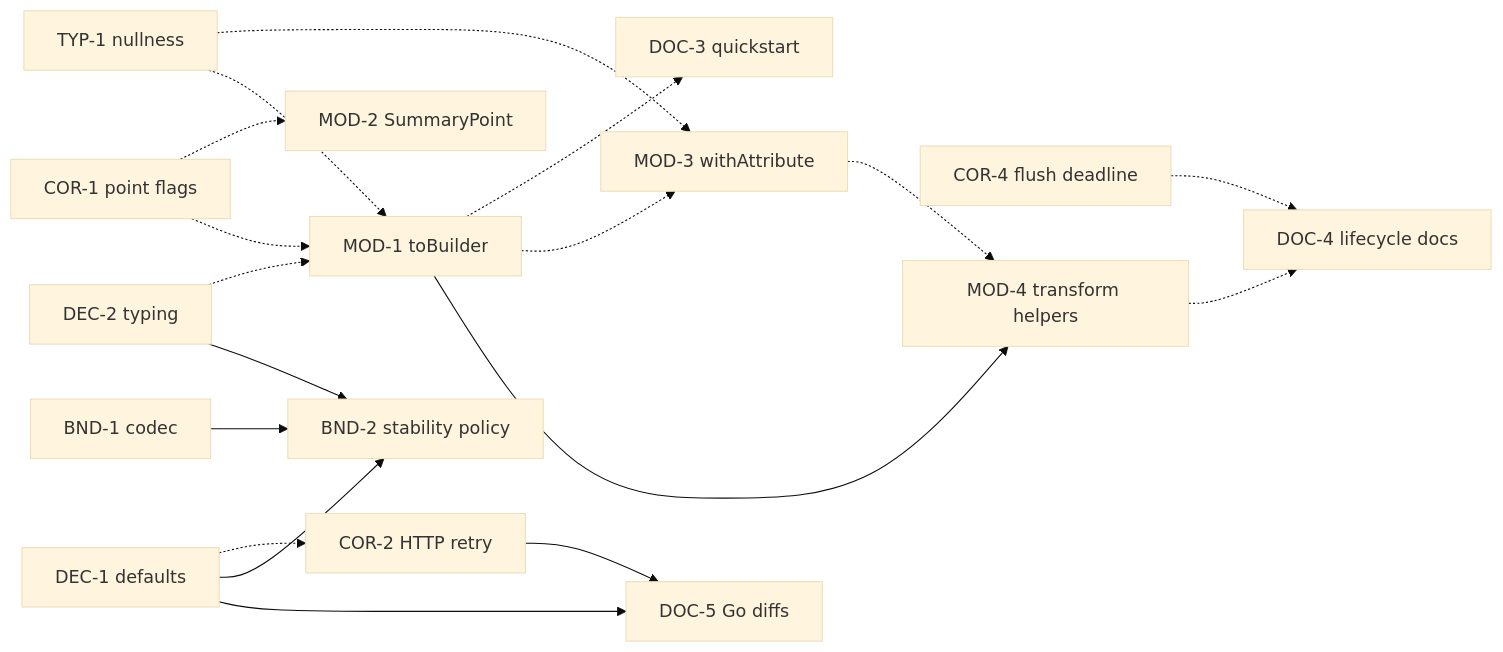
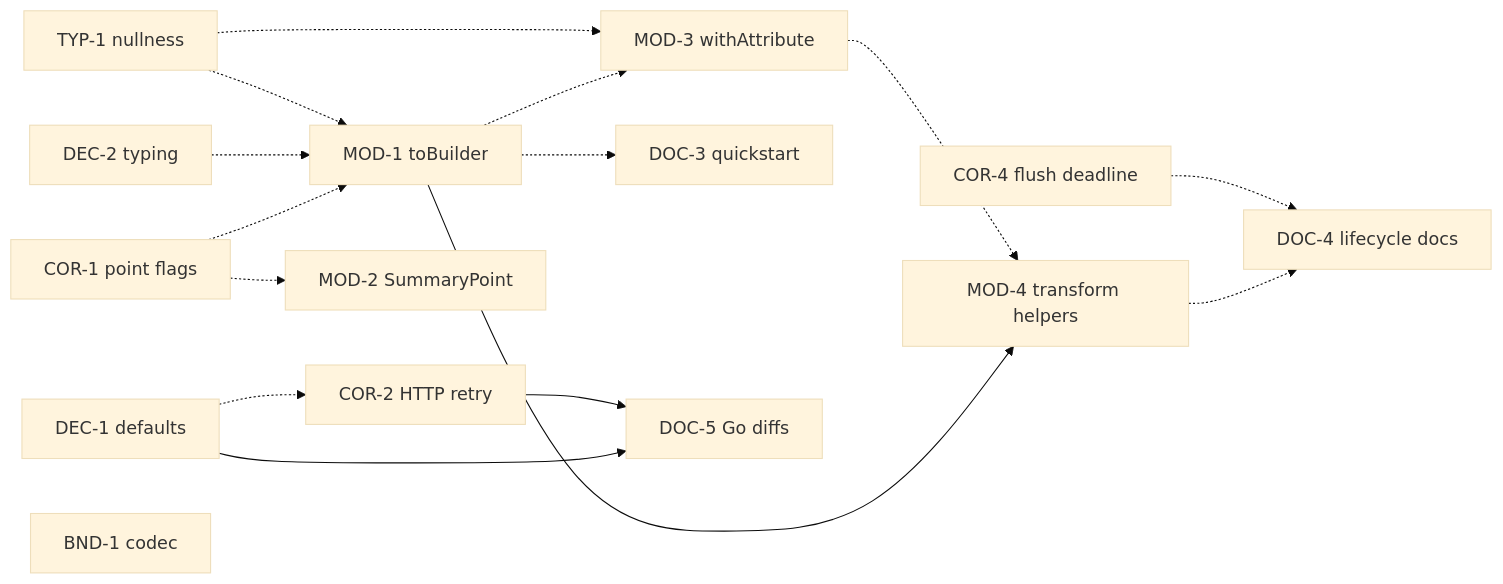
Before and after one commit to thiagogcm/otlp4j: the first of 2 diagrams in backlog.md, drawn with Mermaid (base theme). The commit also changed other lines of this file, not shown here.

````diff
--- a/backlog.md
+++ b/backlog.md
@@ -220,37 +194,33 @@
 ```mermaid
 flowchart LR
   DEC1[DEC-1 defaults]
   DEC2[DEC-2 typing]
   COR1[COR-1 point flags]
   COR2[COR-2 HTTP retry]
   COR4[COR-4 flush deadline]
   TYP1[TYP-1 nullness]
   BND1[BND-1 codec]
   MOD1[MOD-1 toBuilder]
   MOD2[MOD-2 SummaryPoint]
   MOD3[MOD-3 withAttribute]
   MOD4[MOD-4 transform helpers]
   DOC3[DOC-3 quickstart]
   DOC4[DOC-4 lifecycle docs]
   DOC5[DOC-5 Go diffs]
-  BND2[BND-2 stability policy]
 
   MOD1 --> MOD4
   DEC1 --> DOC5
   COR2 --> DOC5
-  BND1 --> BND2
-  DEC1 --> BND2
-  DEC2 --> BND2
 
   COR1 -.-> MOD1
   DEC2 -.-> MOD1
   TYP1 -.-> MOD1
   COR1 -.-> MOD2
   MOD1 -.-> MOD3
   TYP1 -.-> MOD3
   MOD3 -.-> MOD4
   MOD1 -.-> DOC3
   MOD4 -.-> DOC4
   COR4 -.-> DOC4
   DEC1 -.-> COR2
 ```
````
